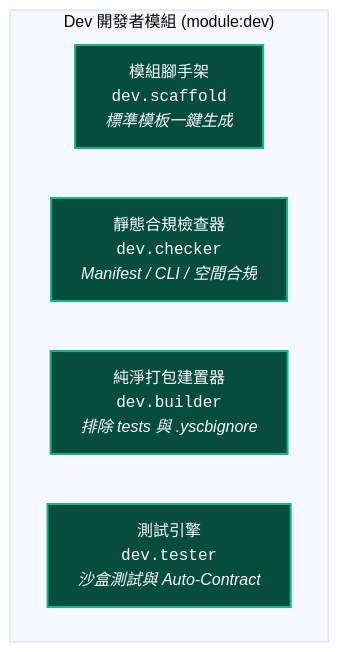
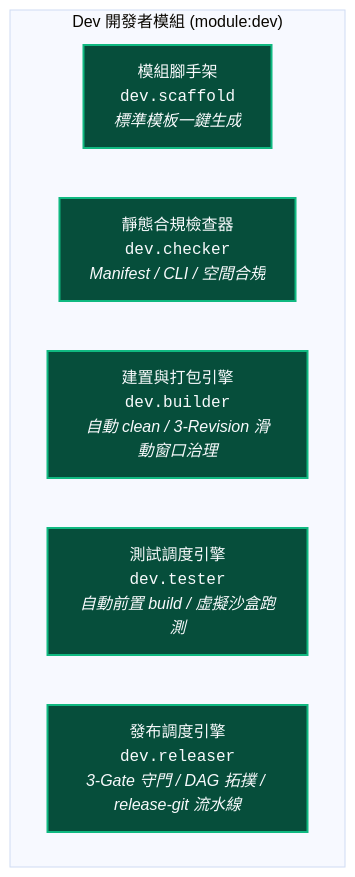
One commit to ysnaive/ys-codebase changed the diagram in docs/dev/README.md. Above: the diagram before and after it, drawn with Mermaid (base theme). The commit also changed other lines of this file and 23 other files, not shown here.

Commit message:
refactor(dev): modernize build, release and verification toolchains

````diff
--- a/docs/dev/README.md
+++ b/docs/dev/README.md
@@ -11,11 +11,12 @@
 ```mermaid
 graph TD
     classDef sub fill:#064e3b,stroke:#10b981,stroke-width:2px,color:#f8fafc;
     
     subgraph DevModule ["Dev 開發者模組 (module:dev)"]
         Scaffold["模組腳手架<br/><code>dev.scaffold</code><br/><i>標準模板一鍵生成</i>"]:::sub
         Checker["靜態合規檢查器<br/><code>dev.checker</code><br/><i>Manifest / CLI / 空間合規</i>"]:::sub
-        Builder["純淨打包建置器<br/><code>dev.builder</code><br/><i>排除 tests 與 .yscbignore</i>"]:::sub
-        Tester["測試引擎<br/><code>dev.tester</code><br/><i>沙盒測試與 Auto-Contract</i>"]:::sub
+        Builder["建置與打包引擎<br/><code>dev.builder</code><br/><i>自動 clean / 3-Revision 滑動窗口治理</i>"]:::sub
+        Tester["測試調度引擎<br/><code>dev.tester</code><br/><i>自動前置 build / 虛擬沙盒跑測</i>"]:::sub
+        Releaser["發布調度引擎<br/><code>dev.releaser</code><br/><i>3-Gate 守門 / DAG 拓撲 / release-git 流水線</i>"]:::sub
     end
 ```
````
